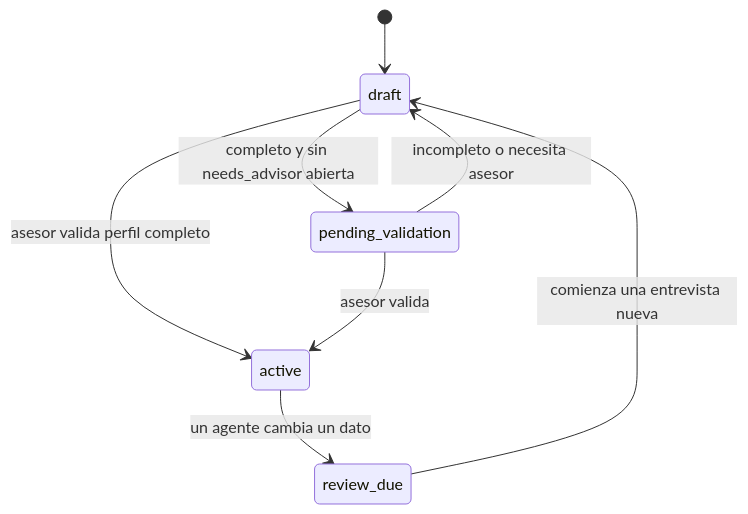
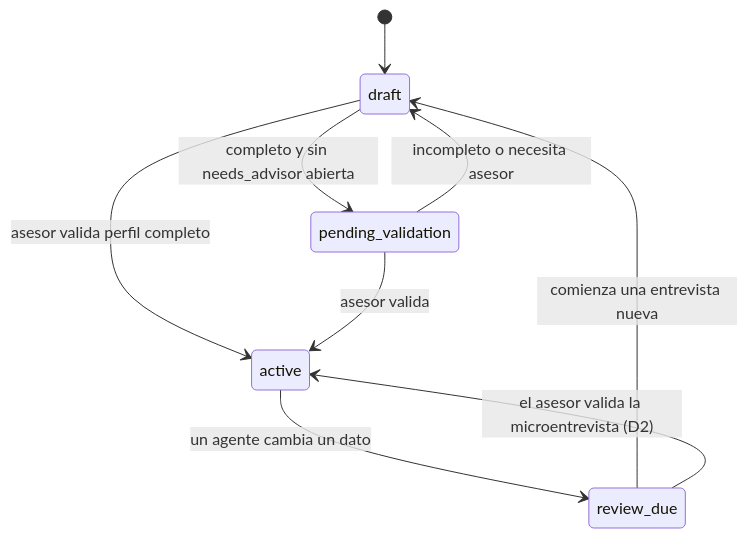
The sixth of 7 diagrams in docs/arquitectura.md (fernanrama/idoneo), drawn with Mermaid before and after one commit. The commit also changed other lines of this file and 3 other files, not shown here.

````diff
--- a/docs/arquitectura.md
+++ b/docs/arquitectura.md
@@ -338,10 +338,11 @@
 ```mermaid
 stateDiagram-v2
     [*] --> draft
     draft --> pending_validation: completo y sin needs_advisor abierta
     pending_validation --> draft: incompleto o necesita asesor
     draft --> active: asesor valida perfil completo
     pending_validation --> active: asesor valida
     active --> review_due: un agente cambia un dato
     review_due --> draft: comienza una entrevista nueva
+    review_due --> active: el asesor valida la microentrevista (D2)
 ```
````
